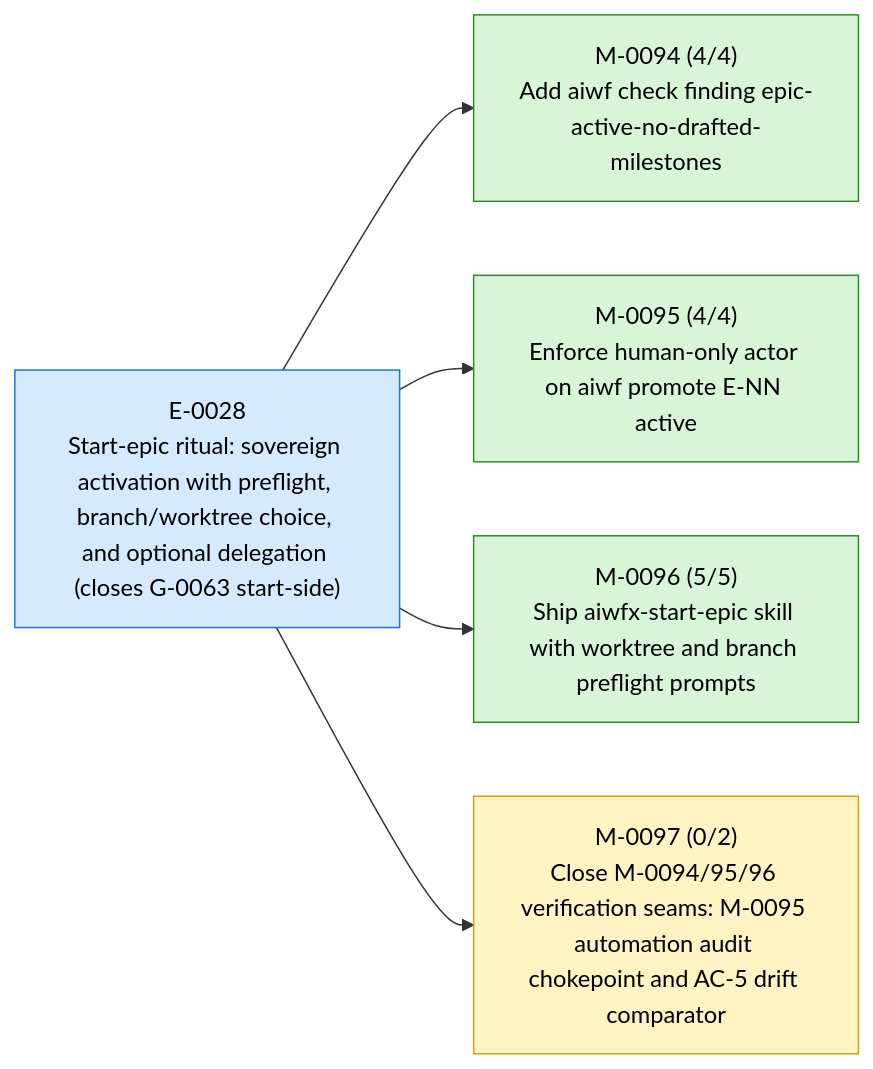
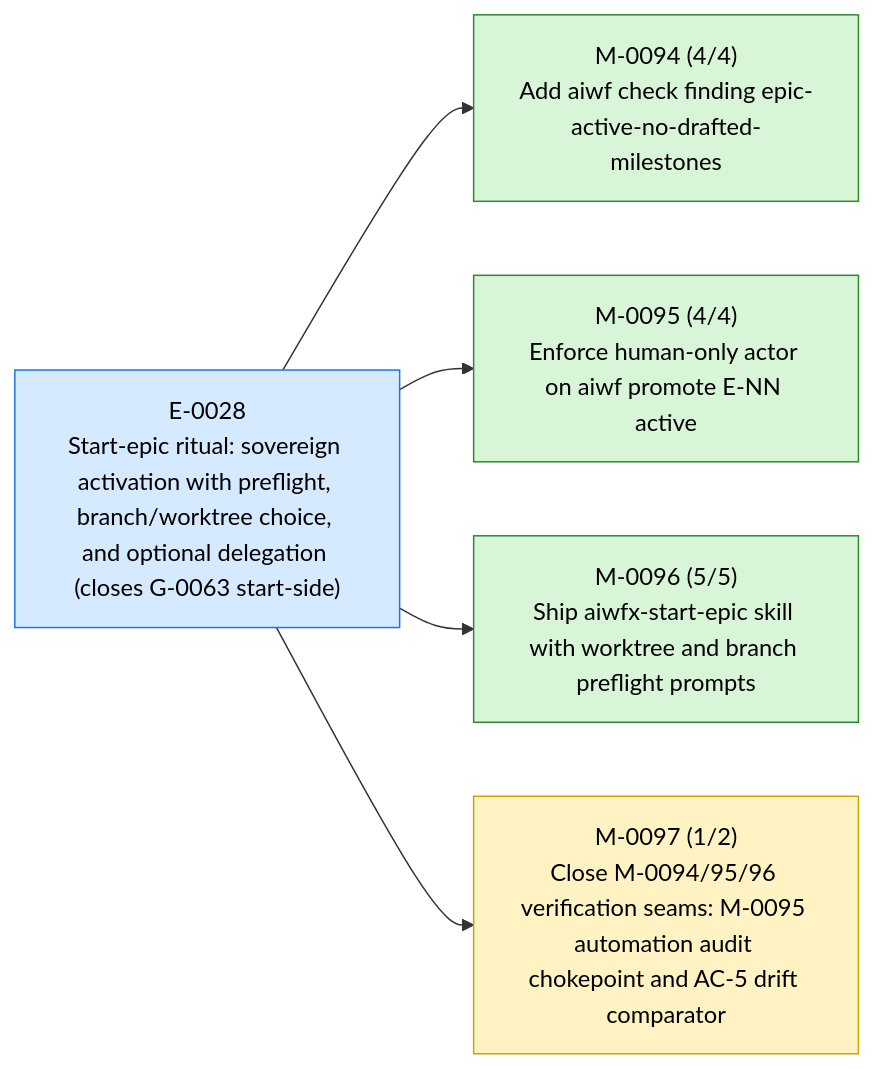
The first of 3 diagrams in STATUS.md (23min/aiwf), drawn with Mermaid before and after one commit. The commit also changed other lines of this file and 1 other file, not shown here.

````diff
--- a/STATUS.md
+++ b/STATUS.md
@@ -16,18 +16,18 @@
 ```mermaid
 flowchart LR
   E_0028["E-0028<br/>Start-epic ritual: sovereign activation with preflight, branch/worktree choice, and optional delegation (closes G-0063 start-side)"]:::epic_active
   M_0094["M-0094 (4/4)<br/>Add aiwf check finding epic-active-no-drafted-milestones"]:::ms_done
   E_0028 --> M_0094
   M_0095["M-0095 (4/4)<br/>Enforce human-only actor on aiwf promote E-NN active"]:::ms_done
   E_0028 --> M_0095
   M_0096["M-0096 (5/5)<br/>Ship aiwfx-start-epic skill with worktree and branch preflight prompts"]:::ms_done
   E_0028 --> M_0096
-  M_0097["M-0097 (0/2)<br/>Close M-0094/95/96 verification seams: M-0095 automation audit chokepoint and AC-5 drift comparator"]:::ms_in_progress
+  M_0097["M-0097 (1/2)<br/>Close M-0094/95/96 verification seams: M-0095 automation audit chokepoint and AC-5 drift comparator"]:::ms_in_progress
   E_0028 --> M_0097
   classDef epic_active fill:#d6eaff,stroke:#1a73e8,color:#000
   classDef epic_proposed fill:#f4f4f4,stroke:#888,color:#000
   classDef ms_done fill:#d8f5d8,stroke:#2a8a2a,color:#000
   classDef ms_in_progress fill:#fff3c4,stroke:#caa400,color:#000
   classDef ms_draft fill:#f4f4f4,stroke:#888,color:#000
   classDef ms_cancelled fill:#fbeaea,stroke:#c33,color:#000
 ```
````
